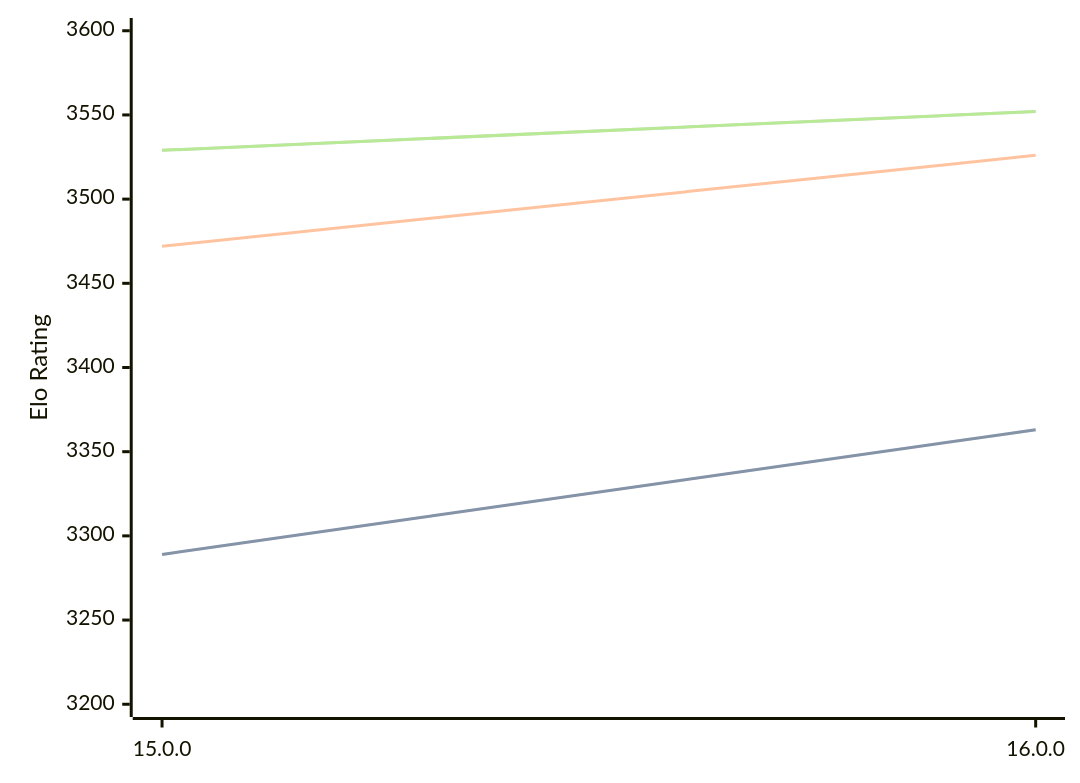
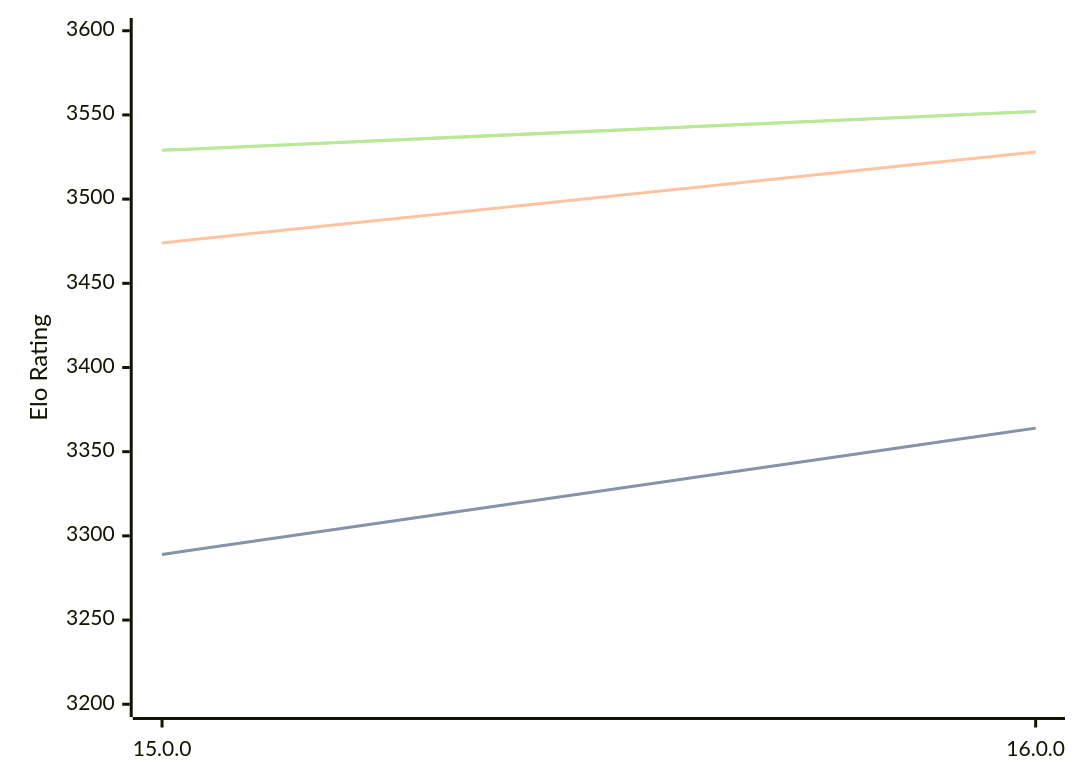
The diagram in engines/Halogen.md (computer-chess-index/cci), drawn with Mermaid before and after one commit. The commit also changed other lines of this file, not shown here.

````diff
--- a/engines/Halogen.md
+++ b/engines/Halogen.md
@@ -32,11 +32,11 @@
 ```mermaid
 %%{init: {"theme":"base","themeVariables":{"seriesColors:['#a3a3a3','#222221','#faa371']}}}%%
 xychart-beta
   x-axis ["15.0.0", "16.0.0"]
   y-axis "Elo Rating" 3200 --> 3600
-  line "" [3289, 3363]
-  line "STC (8.0+0.08s)" [3289, 3363]
-  line "LTC (60.0+0.60s)" [3472, 3526]
+  line "" [3289, 3364]
+  line "STC (8.0+0.08s)" [3289, 3364]
+  line "LTC (60.0+0.60s)" [3474, 3528]
   line "" [3529, 3552]
   line "VLTC (2m24s+1.12s)" [3529, 3552]
 ```
````
